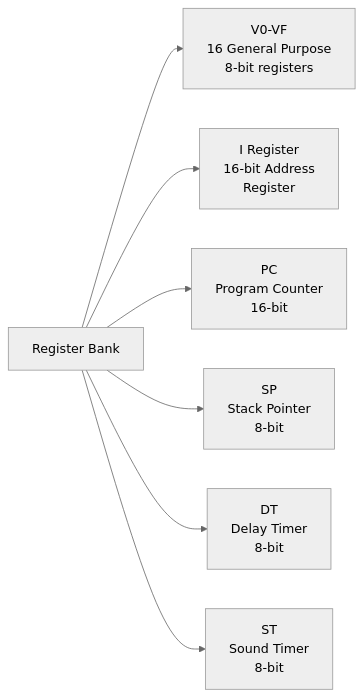
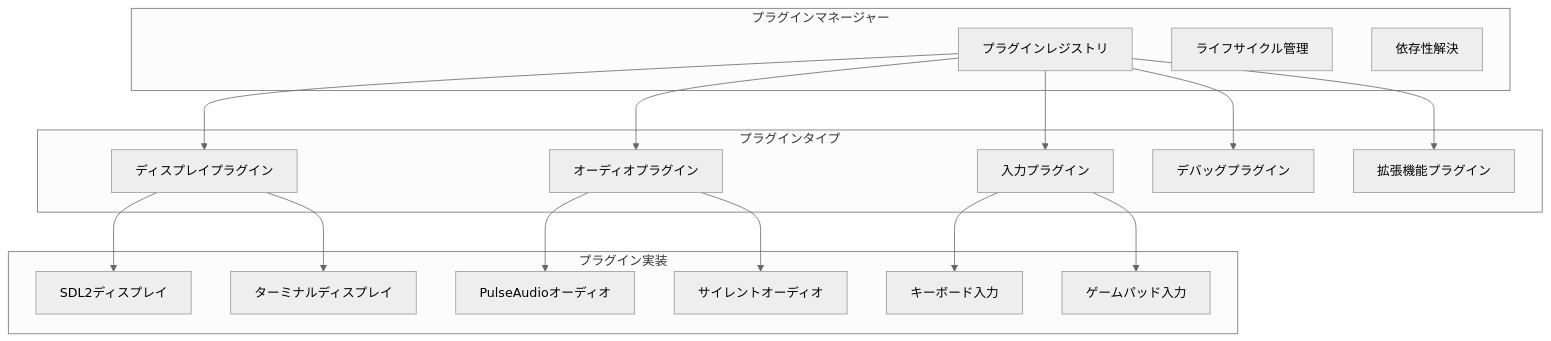
Before and after one commit to takeokunn/cl-chip8: the fourth of 14 diagrams in docs/explanation/02-architecture-design.md, drawn with Mermaid (neutral theme). The commit also changed other lines of this file and 27 other files, not shown here.

````diff
--- a/docs/explanation/02-architecture-design.md
+++ b/docs/explanation/02-architecture-design.md
@@ -113,9 +186,38 @@
 ```mermaid
-graph LR
-    A[Register Bank] --> B[V0-VF<br/>16 General Purpose<br/>8-bit registers]
-    A --> C[I Register<br/>16-bit Address<br/>Register]
-    A --> D[PC<br/>Program Counter<br/>16-bit]
-    A --> E[SP<br/>Stack Pointer<br/>8-bit]
-    A --> F[DT<br/>Delay Timer<br/>8-bit]
-    A --> G[ST<br/>Sound Timer<br/>8-bit]
+graph TB
+    subgraph "プラグインマネージャー"
+        A[プラグインレジストリ]
+        B[ライフサイクル管理]
+        C[依存性解決]
+    end
+
+    subgraph "プラグインタイプ"
+        D[ディスプレイプラグイン]
+        E[オーディオプラグイン]
+        F[入力プラグイン]
+        G[デバッグプラグイン]
+        H[拡張機能プラグイン]
+    end
+
+    subgraph "プラグイン実装"
+        I[SDL2ディスプレイ]
+        J[ターミナルディスプレイ]
+        K[PulseAudioオーディオ]
+        L[サイレントオーディオ]
+        M[キーボード入力]
+        N[ゲームパッド入力]
+    end
+
+    A --> D
+    A --> E
+    A --> F
+    A --> G
+    A --> H
+
+    D --> I
+    D --> J
+    E --> K
+    E --> L
+    F --> M
+    F --> N
 ```
````
